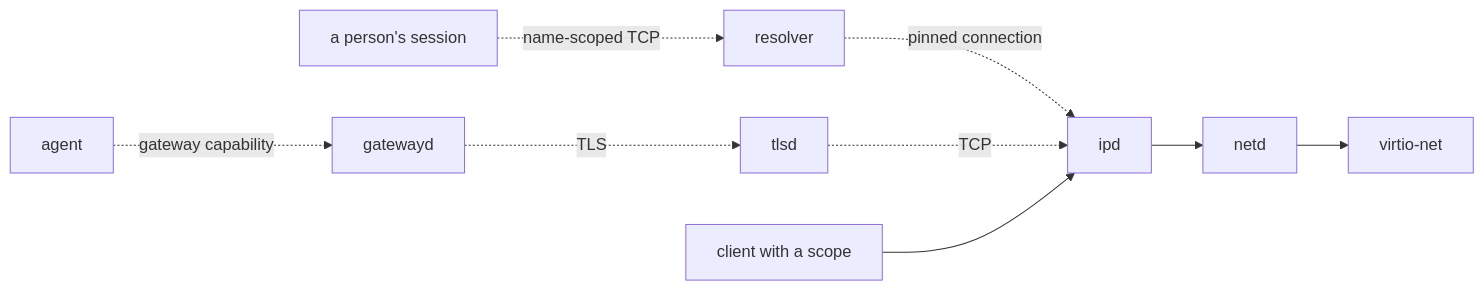
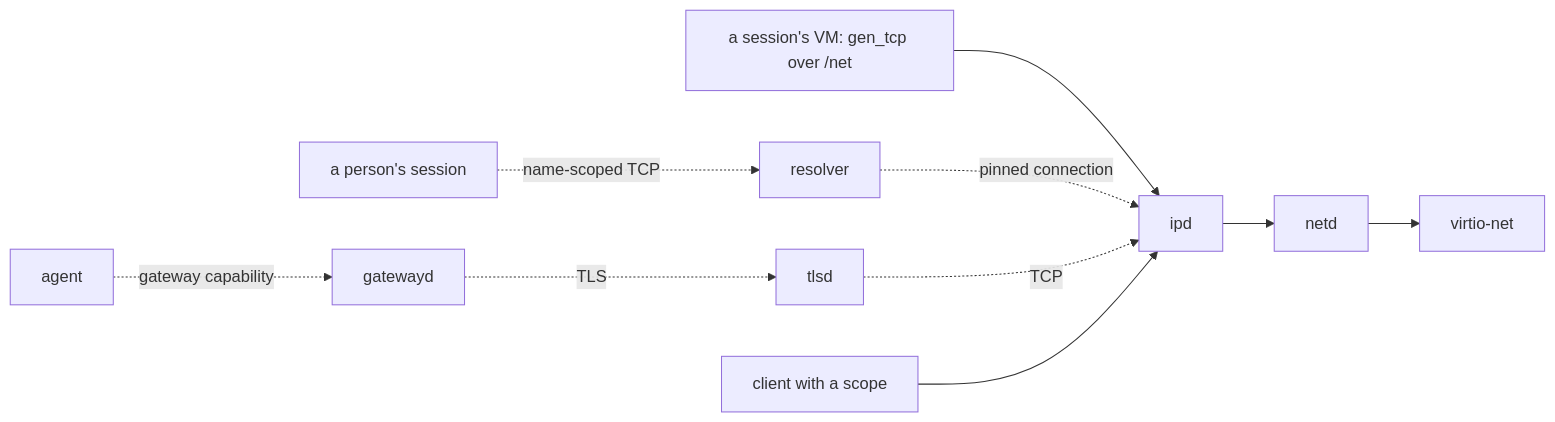
One commit to sirmick/redoubt changed the third of 3 diagrams in docs/servers/README.md. Above: the diagram before and after it, drawn with Mermaid. The commit also changed other lines of this file and 13 other files, not shown here.

````diff
--- a/docs/servers/README.md
+++ b/docs/servers/README.md
@@ -307,11 +309,12 @@
 ```mermaid
 flowchart LR
+    S[a session's VM: gen_tcp over /net] --> IP[ipd]
     P[a person's session] -. name-scoped TCP .-> R[resolver]
-    R -. pinned connection .-> IP[ipd]
+    R -. pinned connection .-> IP
     A[agent] -. gateway capability .-> G[gatewayd]
     G -. TLS .-> T[tlsd]
     T -. TCP .-> IP
     C[client with a scope] --> IP
     IP --> N[netd]
     N --> V[virtio-net]
 ```
````
